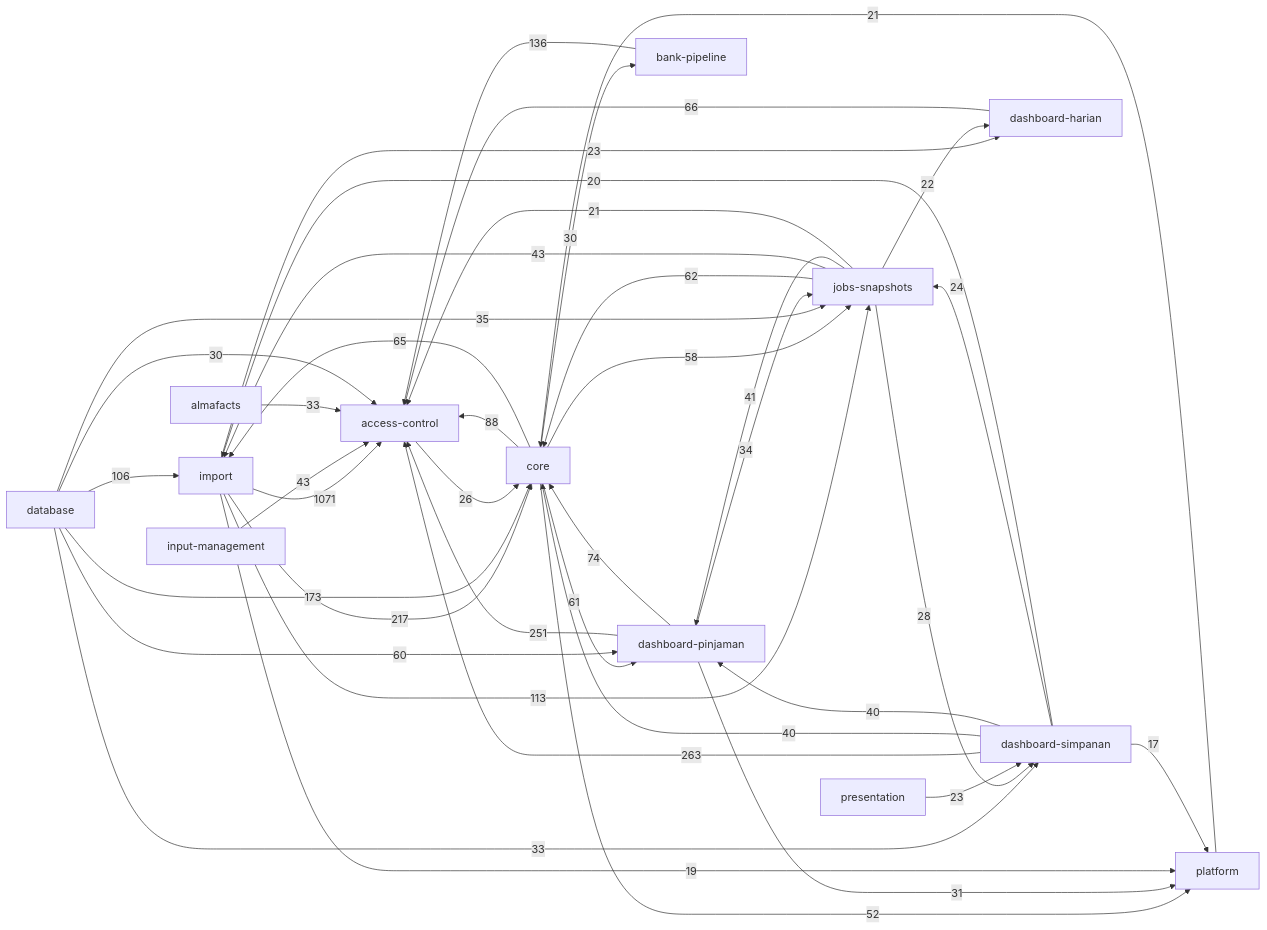
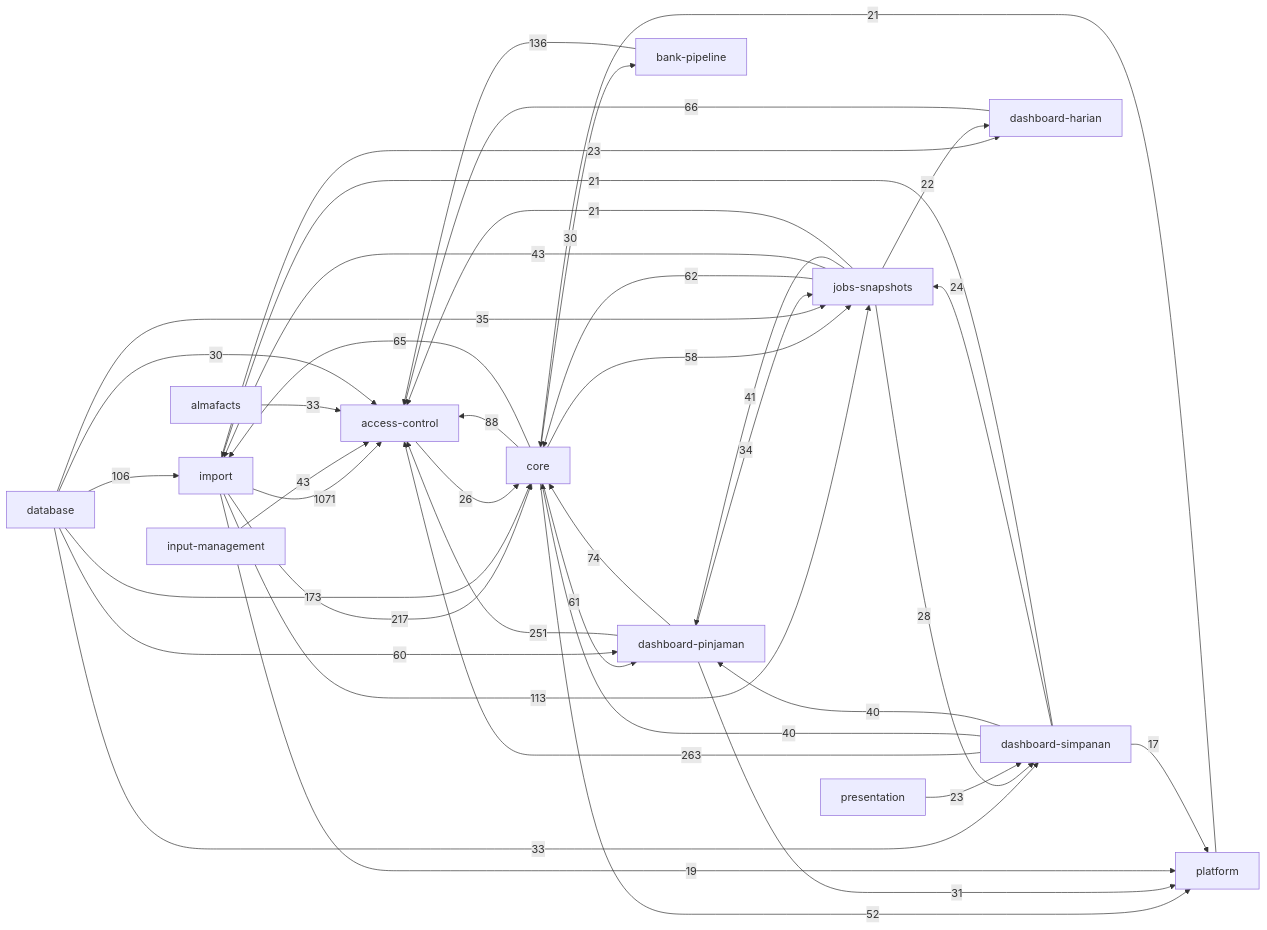
The diagram in docs/knowledge-graph/ARCHITECTURE.md (RizalloN/project-abah), drawn with Mermaid before and after one commit. The commit also changed other lines of this file and 110 other files, not shown here.

````diff
--- a/docs/knowledge-graph/ARCHITECTURE.md
+++ b/docs/knowledge-graph/ARCHITECTURE.md
@@ -5,43 +5,43 @@
 ```mermaid
 flowchart LR
     d_d942f64886["import"] -->|1071| d_c393a69167["access-control"]
     d_90026ec21f["dashboard-simpanan"] -->|263| d_c393a69167["access-control"]
     d_c1933689a3["dashboard-pinjaman"] -->|251| d_c393a69167["access-control"]
     d_d942f64886["import"] -->|217| d_0d45f5fd46["core"]
     d_3549b0028b["database"] -->|173| d_0d45f5fd46["core"]
     d_39bcb775e4["bank-pipeline"] -->|136| d_c393a69167["access-control"]
     d_d942f64886["import"] -->|113| d_7c16aa6a77["jobs-snapshots"]
     d_3549b0028b["database"] -->|106| d_d942f64886["import"]
     d_0d45f5fd46["core"] -->|88| d_c393a69167["access-control"]
     d_c1933689a3["dashboard-pinjaman"] -->|74| d_0d45f5fd46["core"]
     d_a0a49fdd98["dashboard-harian"] -->|66| d_c393a69167["access-control"]
     d_0d45f5fd46["core"] -->|65| d_d942f64886["import"]
     d_7c16aa6a77["jobs-snapshots"] -->|62| d_0d45f5fd46["core"]
     d_0d45f5fd46["core"] -->|61| d_c1933689a3["dashboard-pinjaman"]
     d_3549b0028b["database"] -->|60| d_c1933689a3["dashboard-pinjaman"]
     d_0d45f5fd46["core"] -->|58| d_7c16aa6a77["jobs-snapshots"]
     d_0d45f5fd46["core"] -->|52| d_d294fcce0c["platform"]
     d_7c16aa6a77["jobs-snapshots"] -->|43| d_d942f64886["import"]
     d_b70a9d941d["input-management"] -->|43| d_c393a69167["access-control"]
     d_7c16aa6a77["jobs-snapshots"] -->|41| d_c1933689a3["dashboard-pinjaman"]
     d_90026ec21f["dashboard-simpanan"] -->|40| d_0d45f5fd46["core"]
     d_90026ec21f["dashboard-simpanan"] -->|40| d_c1933689a3["dashboard-pinjaman"]
     d_3549b0028b["database"] -->|35| d_7c16aa6a77["jobs-snapshots"]
     d_c1933689a3["dashboard-pinjaman"] -->|34| d_7c16aa6a77["jobs-snapshots"]
     d_3549b0028b["database"] -->|33| d_90026ec21f["dashboard-simpanan"]
     d_b89824cc5a["almafacts"] -->|33| d_c393a69167["access-control"]
     d_c1933689a3["dashboard-pinjaman"] -->|31| d_d294fcce0c["platform"]
     d_3549b0028b["database"] -->|30| d_c393a69167["access-control"]
     d_0d45f5fd46["core"] -->|30| d_39bcb775e4["bank-pipeline"]
     d_7c16aa6a77["jobs-snapshots"] -->|28| d_90026ec21f["dashboard-simpanan"]
     d_c393a69167["access-control"] -->|26| d_0d45f5fd46["core"]
     d_90026ec21f["dashboard-simpanan"] -->|24| d_7c16aa6a77["jobs-snapshots"]
     d_d942f64886["import"] -->|23| d_a0a49fdd98["dashboard-harian"]
     d_bfac314fef["presentation"] -->|23| d_90026ec21f["dashboard-simpanan"]
     d_7c16aa6a77["jobs-snapshots"] -->|22| d_a0a49fdd98["dashboard-harian"]
     d_d294fcce0c["platform"] -->|21| d_0d45f5fd46["core"]
+    d_90026ec21f["dashboard-simpanan"] -->|21| d_d942f64886["import"]
     d_7c16aa6a77["jobs-snapshots"] -->|21| d_c393a69167["access-control"]
-    d_90026ec21f["dashboard-simpanan"] -->|20| d_d942f64886["import"]
     d_d942f64886["import"] -->|19| d_d294fcce0c["platform"]
     d_90026ec21f["dashboard-simpanan"] -->|17| d_d294fcce0c["platform"]
 ```
````
